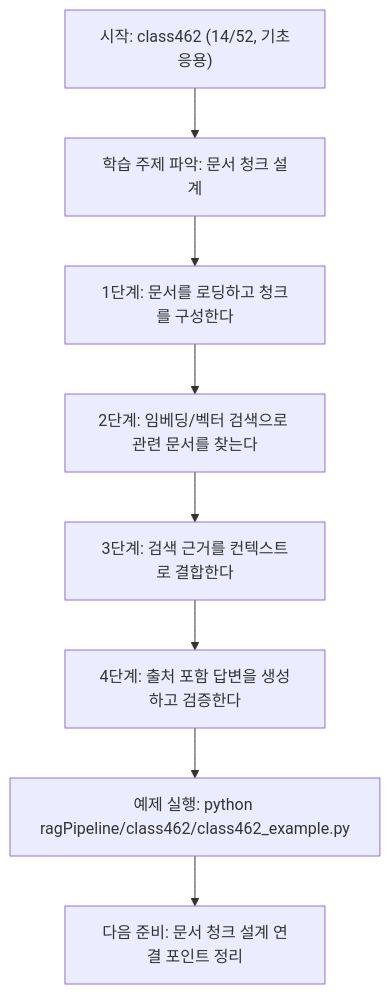
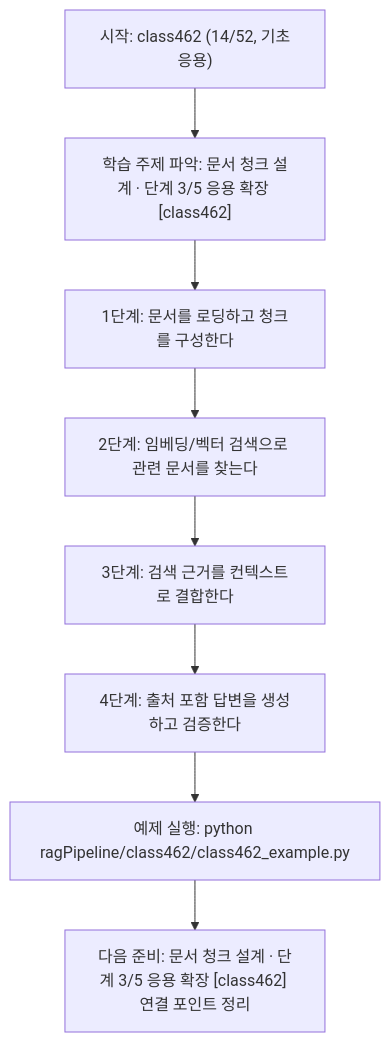
The diagram in ragPipeline/class462/class462.md (edumgt/Python-AI_Agent-Class), drawn with Mermaid before and after one commit. The commit also changed other lines of this file and 522 other files, not shown here.

````diff
--- a/ragPipeline/class462/class462.md
+++ b/ragPipeline/class462/class462.md
@@ -110,18 +111,18 @@
 ```mermaid
 flowchart TD
 N1["시작: class462 (14/52, 기초응용)"]
-N2["학습 주제 파악: 문서 청크 설계"]
+N2["학습 주제 파악: 문서 청크 설계 · 단계 3/5 응용 확장 [class462]"]
 N3["1단계: 문서를 로딩하고 청크를 구성한다"]
 N4["2단계: 임베딩/벡터 검색으로 관련 문서를 찾는다"]
 N5["3단계: 검색 근거를 컨텍스트로 결합한다"]
 N6["4단계: 출처 포함 답변을 생성하고 검증한다"]
 N7["예제 실행: python ragPipeline/class462/class462_example.py"]
-N8["다음 준비: 문서 청크 설계 연결 포인트 정리"]
+N8["다음 준비: 문서 청크 설계 · 단계 3/5 응용 확장 [class462] 연결 포인트 정리"]
 N1 --> N2
 N2 --> N3
 N3 --> N4
 N4 --> N5
 N5 --> N6
 N6 --> N7
 N7 --> N8
 ```
````
